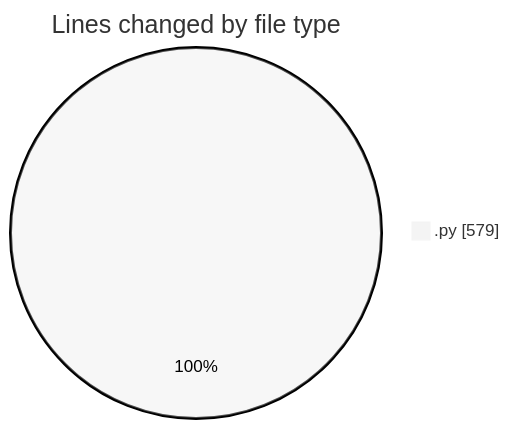
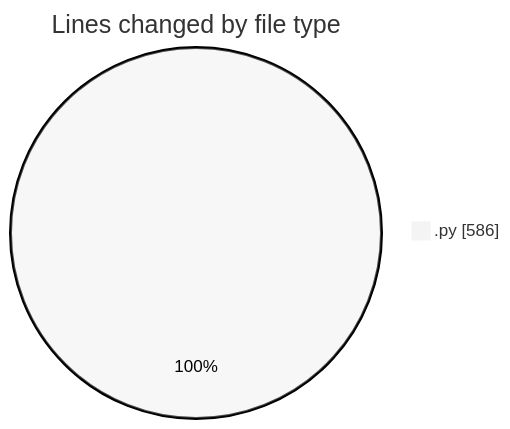
One commit to julien-gomy/code-tracking changed the first of 2 diagrams in 2025-10-22/eventscop-api-guide__workspace_/README.md. Above: the diagram before and after it, drawn with Mermaid (neutral theme). The commit also changed other lines of this file and 1 other file, not shown here.

````diff
--- a/2025-10-22/eventscop-api-guide__workspace_/README.md
+++ b/2025-10-22/eventscop-api-guide__workspace_/README.md
@@ -30,5 +30,5 @@
 ```mermaid
 pie showData
 title Lines changed by file type
-".py" : 579
+".py" : 586
 ```
````
